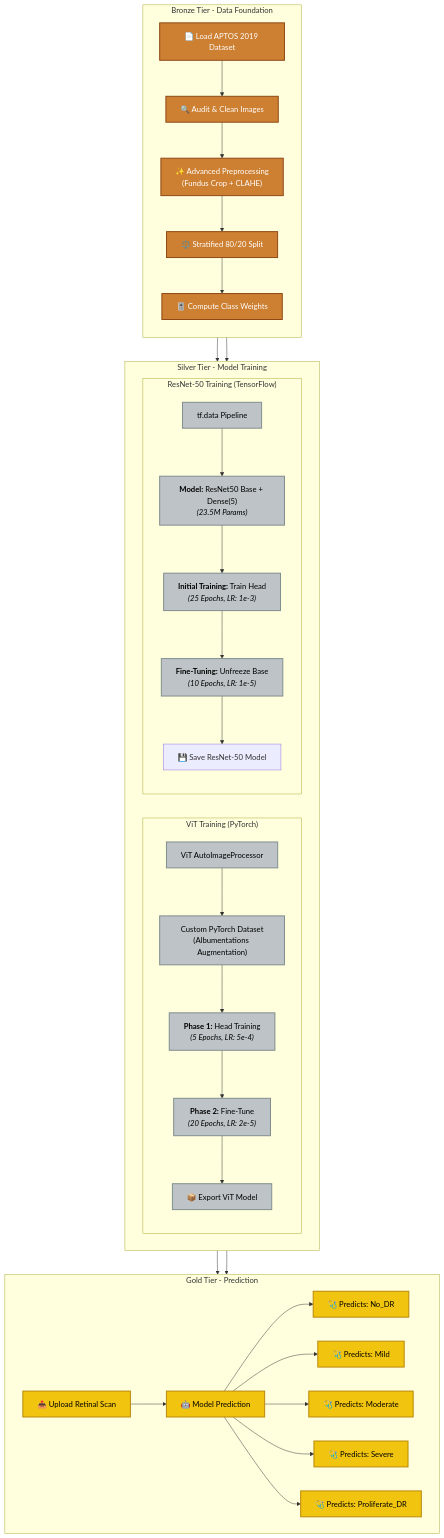
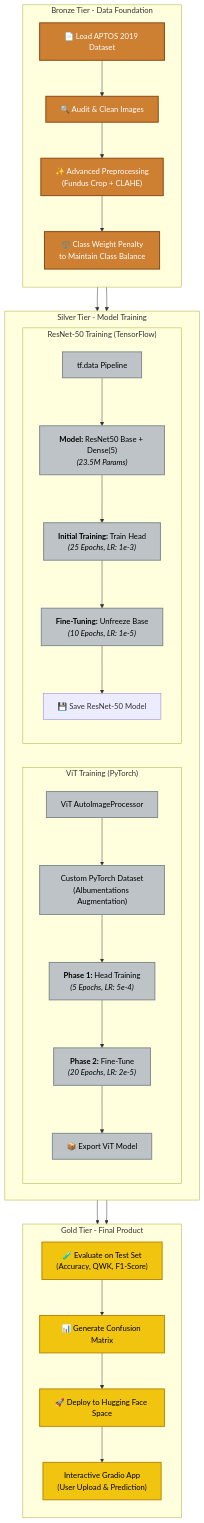
The diagram in README.md (Yeshwanth-git-tech/DiabeticRetinopathy-ViT-Resnet), drawn with Mermaid before and after one commit.

Commit message:
Edit README-f

````diff
--- a/README.md
+++ b/README.md
@@ -7,57 +7,53 @@
 ```mermaid
  flowchart TB
      %% --- Style Definitions ---
      classDef bronzeStyle fill:#cd7f32,stroke:#8B4513,stroke-width:2px,color:#ffffff
      classDef silverStyle fill:#bdc3c7,stroke:#7f8c8d,stroke-width:2px,color:#000000
      classDef goldStyle fill:#f1c40f,stroke:#b8860b,stroke-width:2px,color:#000000
  
-     %% --- Bronze Tier ---
+     %% --- BRONZE TIER: Data Pipeline ---
      subgraph Bronze Tier - Data Foundation
          direction TB
          A["📄 Load APTOS 2019 Dataset"] --> B["🔍 Audit & Clean Images"]
          B --> C["✨ Advanced Preprocessing<br/>(Fundus Crop + CLAHE)"]
-         C --> D["⚖️ Stratified 80/20 Split"]
-         D --> E["🎚️ Compute Class Weights"]
+         C --> D["⚖️ Class Weight Penalty<br/>to Maintain Class Balance"]
      end
-     class A,B,C,D,E bronzeStyle
+     class A,B,C,D bronzeStyle
  
-     %% --- Silver Tier ---
+     %% --- SILVER TIER: Model Training ---
      subgraph Silver Tier - Model Training
          direction LR
  
          subgraph "ViT Training (PyTorch)"
              direction TB
              G1["ViT AutoImageProcessor"] --> G2["Custom PyTorch Dataset<br/>(Albumentations Augmentation)"]
              G2 --> G3["<b>Phase 1:</b> Head Training<br/><i>(5 Epochs, LR: 5e-4)</i>"]
              G3 --> G4["<b>Phase 2:</b> Fine-Tune<br/><i>(20 Epochs, LR: 2e-5)</i>"]
              G4 --> G5["📦 Export ViT Model"]
          end
  
          subgraph "ResNet-50 Training (TensorFlow)"
              direction TB
              H1["tf.data Pipeline"] --> H2["<b>Model:</b> ResNet50 Base + Dense(5)<br/><i>(23.5M Params)</i>"]
              H2 --> H3["<b>Initial Training:</b> Train Head<br/><i>(25 Epochs, LR: 1e-3)</i>"]
              H3 --> H4["<b>Fine-Tuning:</b> Unfreeze Base<br/><i>(10 Epochs, LR: 1e-5)</i>"]
              H4 --> H5["💾 Save ResNet-50 Model"]
          end
      end
      class G1,G2,G3,G4,G5,H1,H2,H3,H4 silverStyle
  
-     %% --- Gold Tier ---
-     subgraph Gold Tier - Prediction
-         direction LR
-         I1["📤 Upload Retinal Scan"] --> I2["🤖 Model Prediction"]
-         I2 --> I3["🩺 Predicts: No_DR"]
-         I2 --> I4["🩺 Predicts: Mild"]
-         I2 --> I5["🩺 Predicts: Moderate"]
-         I2 --> I6["🩺 Predicts: Severe"]
-         I2 --> I7["🩺 Predicts: Proliferate_DR"]
+     %% --- GOLD TIER: Final Product ---
+     subgraph Gold Tier - Final Product
+         direction TB
+         I1["🧪 Evaluate on Test Set<br/>(Accuracy, QWK, F1-Score)"] --> I2["📊 Generate Confusion Matrix"]
+         I2 --> J1["🚀 Deploy to Hugging Face Space"]
+         J1 --> J2["Interactive Gradio App<br/>(User Upload & Prediction)"]
      end
-     class I1,I2,I3,I4,I5,I6,I7 goldStyle
+     class I1,I2,J1,J2 goldStyle
  
      %% --- Connections ---
-     E --> G1
-     E --> H1
+     D --> G1
+     D --> H1
      G5 --> I1
      H5 --> I1
 ```
````
